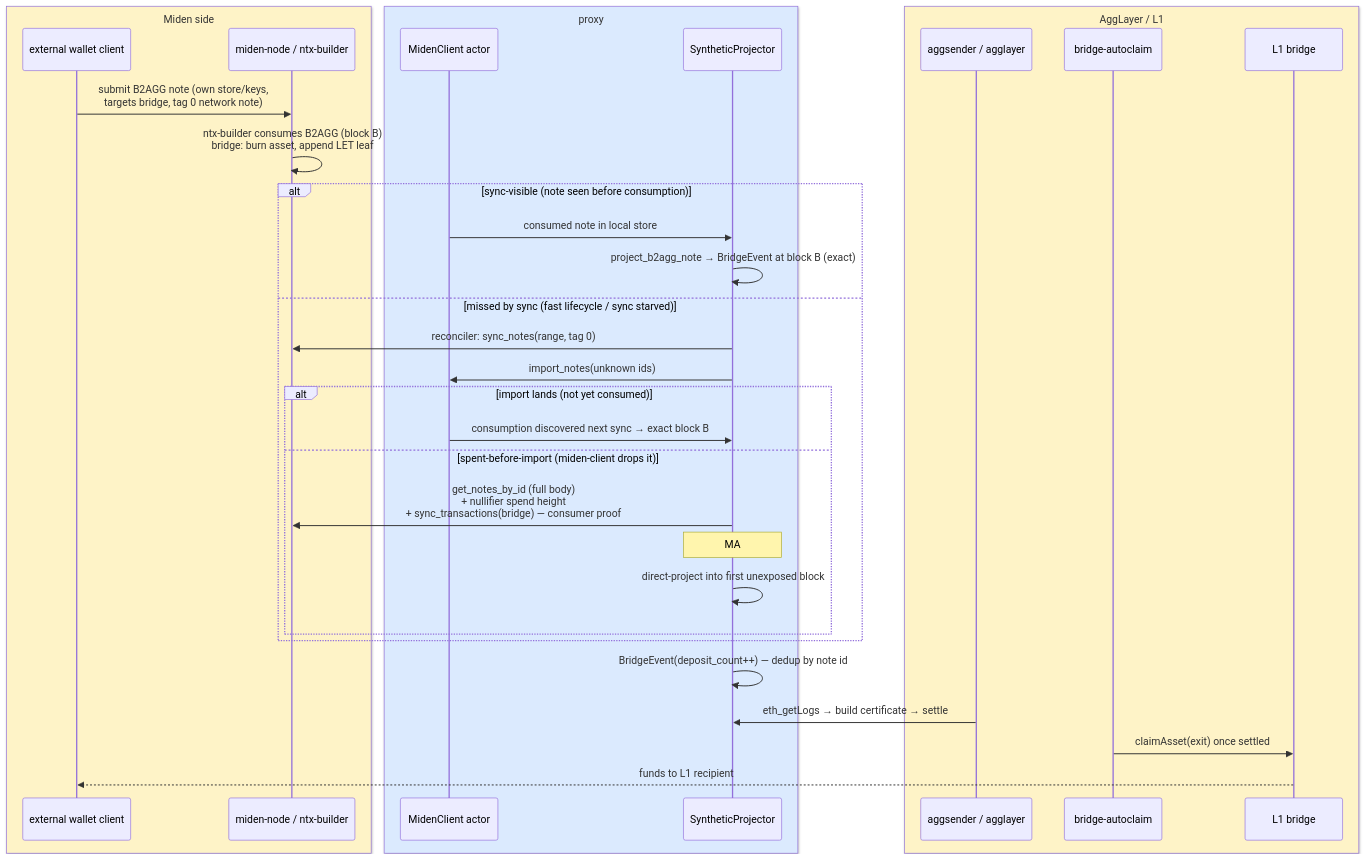
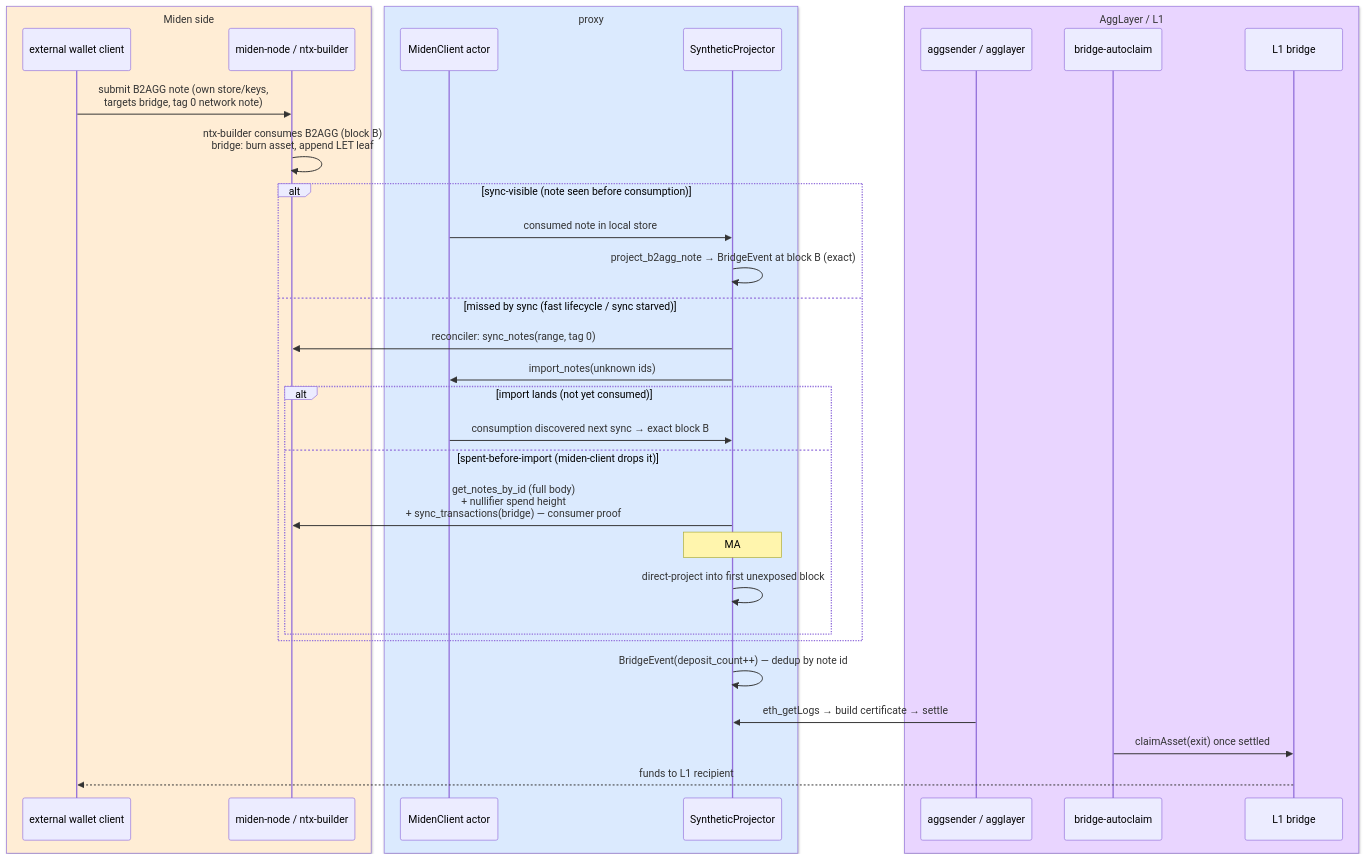
One commit to gateway-fm/miden-agglayer changed the fourth of 7 diagrams in docs/ARCHITECTURE.md. Above: the diagram before and after it, drawn with Mermaid. The commit also changed other lines of this file, not shown here.

Commit message:
docs: three-way color scheme — proxy blue, Miden orange, AggLayer purple

````diff
--- a/docs/ARCHITECTURE.md
+++ b/docs/ARCHITECTURE.md
@@ -151,37 +155,37 @@
 ```mermaid
 sequenceDiagram
-    box rgb(254,243,199) Miden side
+    box rgb(255,237,213) Miden side
         participant EW as external wallet client
         participant N as miden-node / ntx-builder
     end
     box rgb(219,234,254) proxy
         participant MC as MidenClient actor
         participant SP as SyntheticProjector
     end
-    box rgb(254,243,199) AggLayer / L1
+    box rgb(233,213,255) AggLayer / L1
         participant AS as aggsender / agglayer
         participant AC as bridge-autoclaim
         participant L1 as L1 bridge
     end
 
     EW->>N: submit B2AGG note (own store/keys,<br/>targets bridge, tag 0 network note)
     N->>N: ntx-builder consumes B2AGG (block B)<br/>bridge: burn asset, append LET leaf
     alt sync-visible (note seen before consumption)
         MC->>SP: consumed note in local store
         SP->>SP: project_b2agg_note → BridgeEvent at block B (exact)
     else missed by sync (fast lifecycle / sync starved)
         SP->>N: reconciler: sync_notes(range, tag 0)
         SP->>MC: import_notes(unknown ids)
         alt import lands (not yet consumed)
             MC->>SP: consumption discovered next sync → exact block B
         else spent-before-import (miden-client drops it)
             SP->>N: get_notes_by_id (full body)<br/>+ nullifier spend height<br/>+ sync_transactions(bridge) — consumer proof
             Note over SP: MA#3 gate: only bridge-executed<br/>consumptions emit (reclaims fail closed)
             SP->>SP: direct-project into first unexposed block
         end
     end
     SP->>SP: BridgeEvent(deposit_count++) — dedup by note id
     AS->>SP: eth_getLogs → build certificate → settle
     AC->>L1: claimAsset(exit) once settled
     L1-->>EW: funds to L1 recipient
 ```
````
